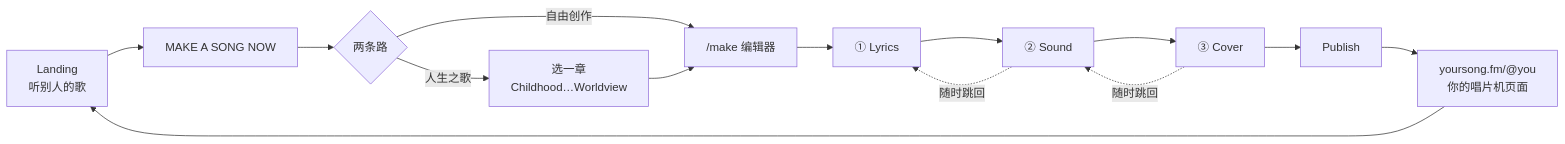
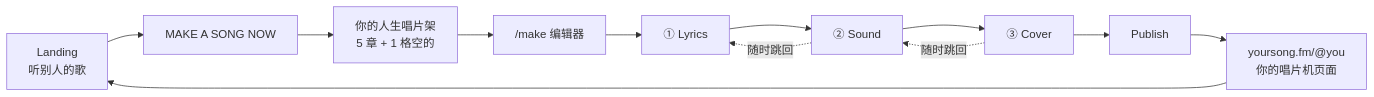
One commit to Belendali/yoursong changed the diagram in docs/YOURSONG-产品文档.md. Above: the diagram before and after it, drawn with Mermaid. The commit also changed other lines of this file, not shown here.

First line of the commit message:
Make the shelf the front door, and simplify the paywall

````diff
--- a/docs/YOURSONG-产品文档.md
+++ b/docs/YOURSONG-产品文档.md
@@ -149,16 +149,14 @@
 ```mermaid
 flowchart LR
   L["Landing<br/>听别人的歌"] --> M["MAKE A SONG NOW"]
-  M --> C{"两条路"}
-  C -->|人生之歌| CH["选一章<br/>Childhood…Worldview"]
-  C -->|自由创作| E
-  CH --> E["/make 编辑器"]
+  M --> SH["你的人生唱片架<br/>5 章 + 1 格空的"]
+  SH --> E["/make 编辑器"]
   E --> S1["① Lyrics"]
   S1 --> S2["② Sound"]
   S2 --> S3["③ Cover"]
   S3 --> P["Publish"]
   P --> H["yoursong.fm/@you<br/>你的唱片机页面"]
   H --> L
   S2 -.随时跳回.-> S1
   S3 -.随时跳回.-> S2
 ```
````
